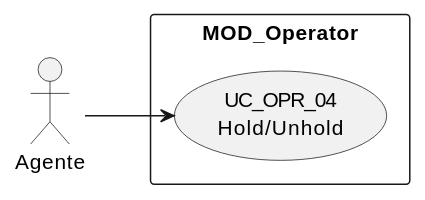
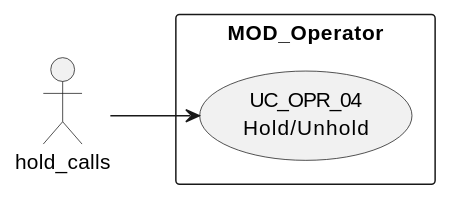
One commit to jcg-admin/IACT-docs changed the first of 4 diagrams in source/requisitos/casos-uso/operator/uc-opr-04/diagramas-uml.rst. Above: the diagram before and after it, drawn with PlantUML. The commit also changed other lines of this file and 77 other files, not shown here.

First line of the commit message:
Enforce RBAC function names as actors in all UML diagrams

```diff
--- a/source/requisitos/casos-uso/operator/uc-opr-04/diagramas-uml.rst
+++ b/source/requisitos/casos-uso/operator/uc-opr-04/diagramas-uml.rst
@@ -10,10 +10,10 @@
 .. uml::
 
  @startuml
  left to right direction
- actor "Agente" as A
+ actor "hold_calls" as A
  rectangle "MOD_Operator" {
    usecase "UC_OPR_04\nHold/Unhold" as UC
  }
  A --> UC
  @enduml
```
